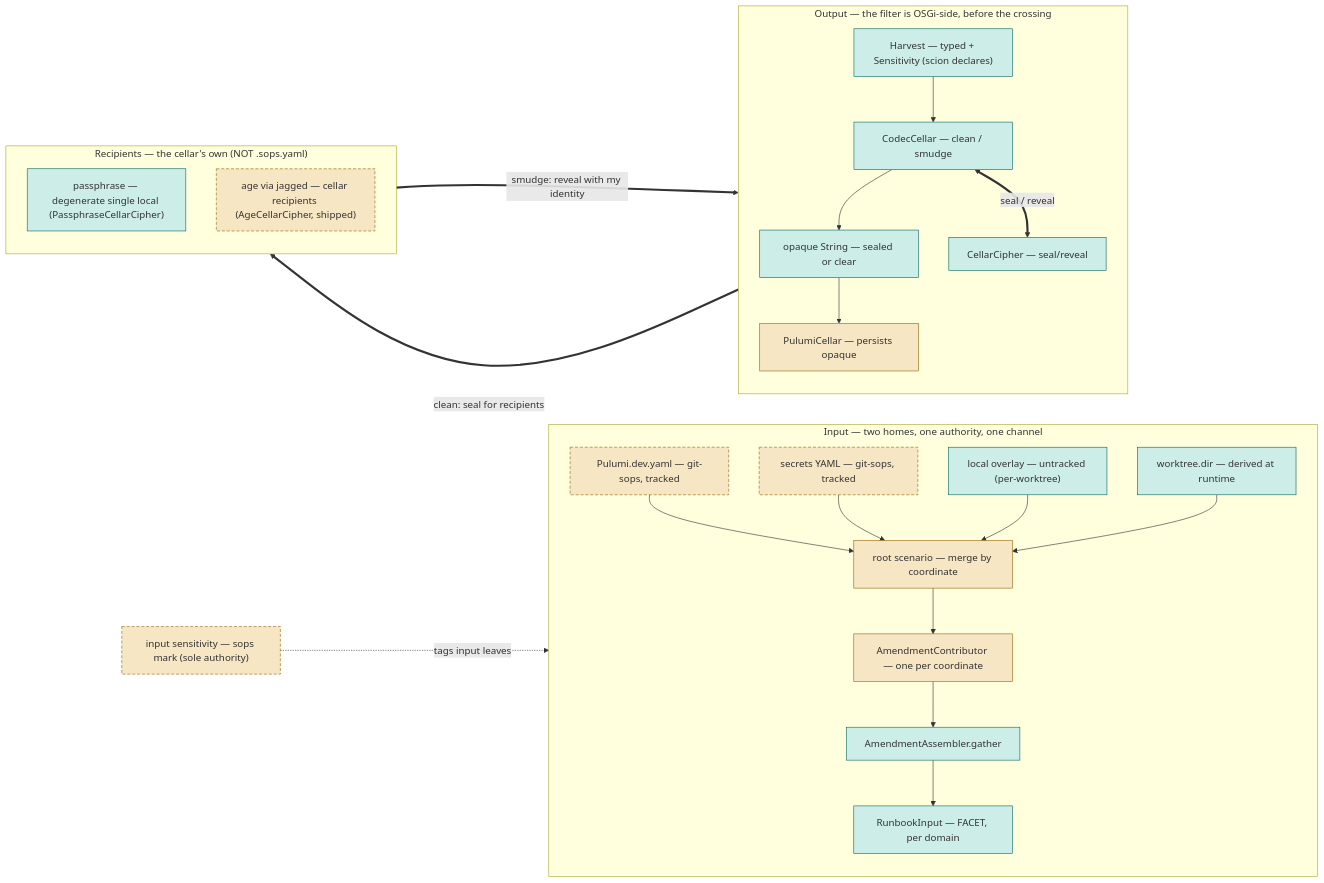
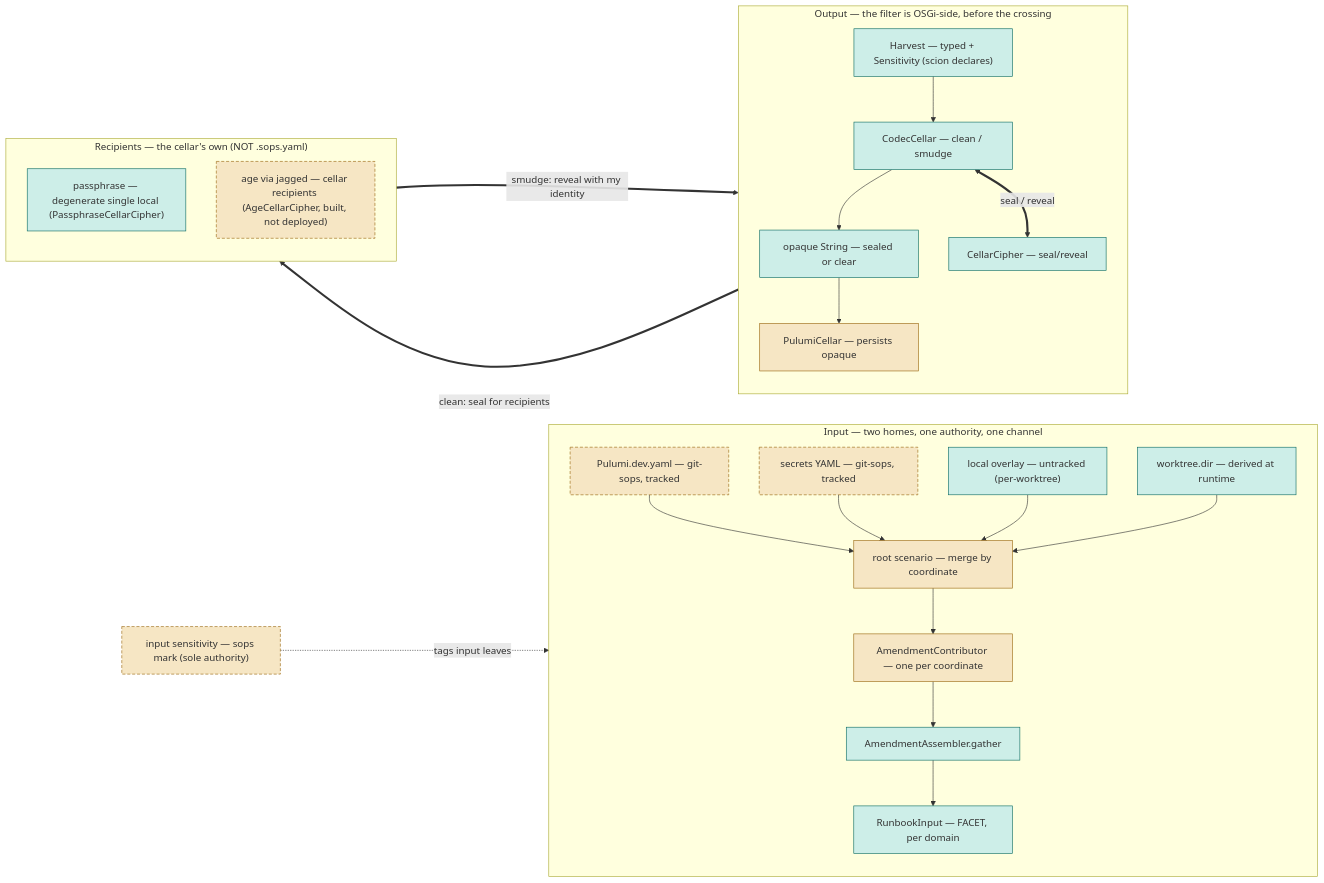
The third of 5 diagrams in docs/architecture/atlas/cellar-secrets.adoc (seedmatic/rke2lab), drawn with Mermaid before and after one commit. The commit also changed other lines of this file and 4 other files, not shown here.

First line of the commit message:
docs(atlas): the keys figure links to the roles × keys spec; stale key pages fixed

```diff
--- a/docs/architecture/atlas/cellar-secrets.adoc
+++ b/docs/architecture/atlas/cellar-secrets.adoc
@@ -155,46 +155,46 @@
 [mermaid]
 ....
 flowchart LR
   subgraph IN["Input — two homes, one authority, one channel"]
     direction TB
     cfgf["Pulumi.dev.yaml — git-sops, tracked"]:::secret
     sec["secrets YAML — git-sops, tracked"]:::secret
     ovl["local overlay — untracked (per-worktree)"]:::plain
     wt["worktree.dir — derived at runtime"]:::plain
     root["root scenario — merge by coordinate"]:::host
     ctr["AmendmentContributor — one per coordinate"]:::host
     asmc["AmendmentAssembler.gather"]:::osgi
     rin["RunbookInput — FACET, per domain"]:::osgi
     cfgf --> root
     sec --> root
     ovl --> root
     wt --> root
     root --> ctr --> asmc --> rin
   end
   attr["input sensitivity — sops mark (sole authority)"]:::secret
   subgraph OUT["Output — the filter is OSGi-side, before the crossing"]
     direction TB
     harv["Harvest — typed + Sensitivity (scion declares)"]:::osgi
     ccx["CodecCellar — clean / smudge"]:::osgi
     cipher["CellarCipher — seal/reveal"]:::osgi
     ocx["opaque String — sealed or clear"]:::osgi
     pcx["PulumiCellar — persists opaque"]:::host
     harv --> ccx
     ccx --> ocx --> pcx
   end
   subgraph REC["Recipients — the cellar's own (NOT .sops.yaml)"]
     direction TB
     pass["passphrase — degenerate single local (PassphraseCellarCipher)"]:::plain
-    age["age via jagged — cellar recipients (AgeCellarCipher, shipped)"]:::secret
+    age["age via jagged — cellar recipients (AgeCellarCipher, built, not deployed)"]:::secret
   end
 
   attr -.->|"tags input leaves"| sec
   ccx <==>|"seal / reveal"| cipher
   cipher ==>|"clean: seal for recipients"| REC
   REC ==>|"smudge: reveal with my identity"| cipher
 
   classDef host fill:#f6e6c4,stroke:#9a6710;
   classDef osgi fill:#cdeee8,stroke:#0b6b62;
   classDef plain fill:#cdeee8,stroke:#0b6b62;
   classDef secret fill:#f6e6c4,stroke:#9a6710,stroke-dasharray:5 3;
 ....
```
